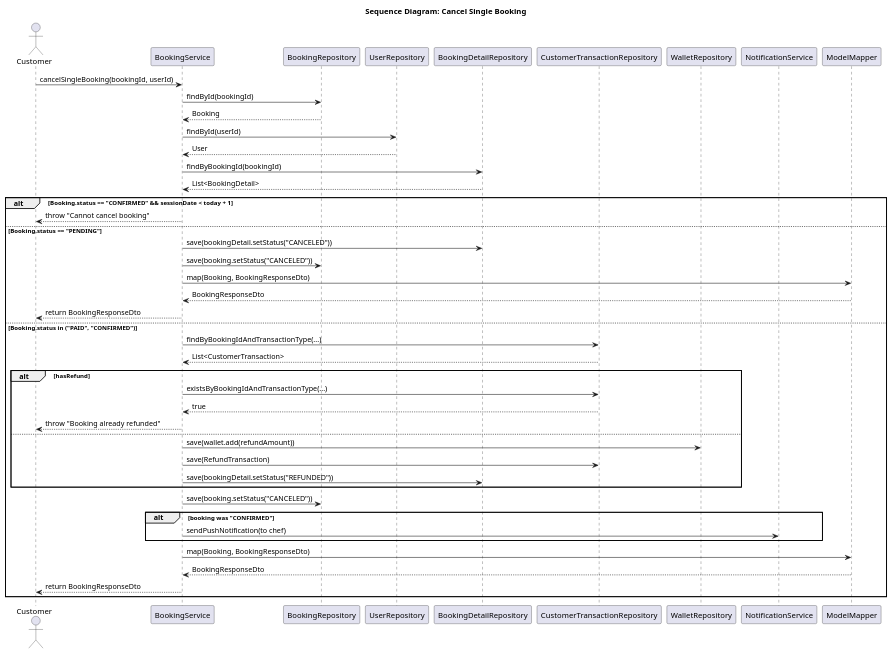
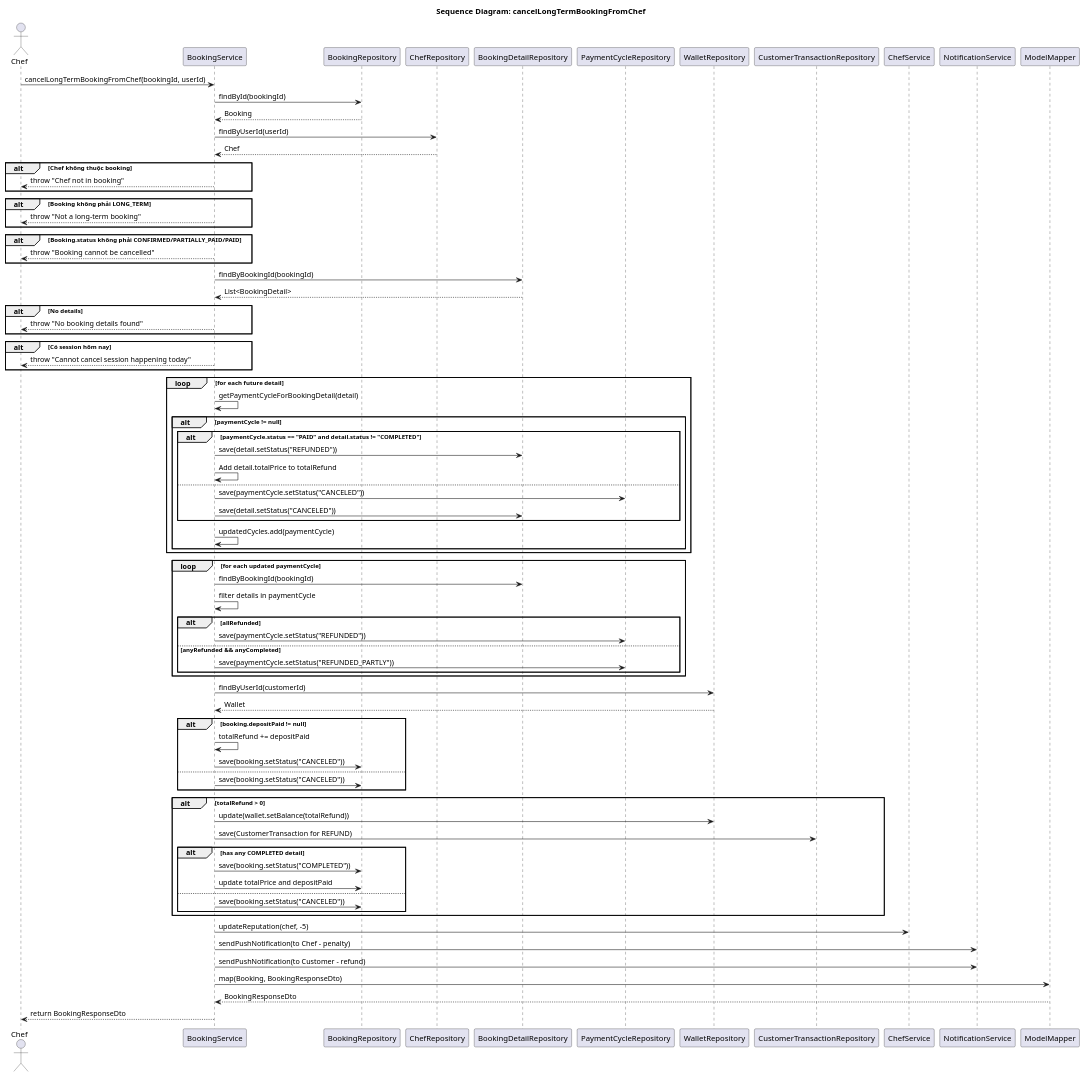
One commit to phongkhongxai/vietchef changed the diagram in diagram.puml. Above: the diagram before and after it, drawn with PlantUML. The commit also changed 1 other file, not shown here.

Commit message:
fix cancel longterm

```diff
--- a/diagram.puml
+++ b/diagram.puml
@@ -1,57 +1,104 @@
 @startuml
-title Sequence Diagram: Cancel Single Booking
+title Sequence Diagram: cancelLongTermBookingFromChef
 
-actor Customer
+actor Chef
 participant "BookingService" as Service
 participant "BookingRepository" as BookingRepo
-participant "UserRepository" as UserRepo
+participant "ChefRepository" as ChefRepo
 participant "BookingDetailRepository" as DetailRepo
+participant "PaymentCycleRepository" as PaymentRepo
+participant "WalletRepository" as WalletRepo
 participant "CustomerTransactionRepository" as TransactionRepo
-participant "WalletRepository" as WalletRepo
+participant "ChefService" as ChefService
 participant "NotificationService" as Notification
 participant "ModelMapper" as Mapper
 
-Customer -> Service : cancelSingleBooking(bookingId, userId)
+Chef -> Service : cancelLongTermBookingFromChef(bookingId, userId)
+
 Service -> BookingRepo : findById(bookingId)
 BookingRepo --> Service : Booking
 
-Service -> UserRepo : findById(userId)
-UserRepo --> Service : User
+Service -> ChefRepo : findByUserId(userId)
+ChefRepo --> Service : Chef
+
+alt Chef không thuộc booking
+    Service --> Chef : throw "Chef not in booking"
+end
+
+alt Booking không phải LONG_TERM
+    Service --> Chef : throw "Not a long-term booking"
+end
+
+alt Booking.status không phải CONFIRMED/PARTIALLY_PAID/PAID
+    Service --> Chef : throw "Booking cannot be cancelled"
+end
 
 Service -> DetailRepo : findByBookingId(bookingId)
 DetailRepo --> Service : List<BookingDetail>
 
-alt Booking.status == "CONFIRMED" && sessionDate < today + 1
-    Service --> Customer : throw "Cannot cancel booking"
-else Booking.status == "PENDING"
-    Service -> DetailRepo : save(bookingDetail.setStatus("CANCELED"))
-    Service -> BookingRepo : save(booking.setStatus("CANCELED"))
-    Service -> Mapper : map(Booking, BookingResponseDto)
-    Mapper --> Service : BookingResponseDto
-    Service --> Customer : return BookingResponseDto
-else Booking.status in ("PAID", "CONFIRMED")
-    Service -> TransactionRepo : findByBookingIdAndTransactionType(...)
-    TransactionRepo --> Service : List<CustomerTransaction>
-
-    alt hasRefund
-        Service -> TransactionRepo : existsByBookingIdAndTransactionType(...)
-        TransactionRepo --> Service : true
-        Service --> Customer : throw "Booking already refunded"
-    else
-        Service -> WalletRepo : save(wallet.add(refundAmount))
-        Service -> TransactionRepo : save(RefundTransaction)
-        Service -> DetailRepo : save(bookingDetail.setStatus("REFUNDED"))
-    end
-
-    Service -> BookingRepo : save(booking.setStatus("CANCELED"))
-
-    alt booking was "CONFIRMED"
-        Service -> Notification : sendPushNotification(to chef)
-    end
-
-    Service -> Mapper : map(Booking, BookingResponseDto)
-    Mapper --> Service : BookingResponseDto
-    Service --> Customer : return BookingResponseDto
+alt No details
+    Service --> Chef : throw "No booking details found"
 end
 
+alt Có session hôm nay
+    Service --> Chef : throw "Cannot cancel session happening today"
+end
+
+loop for each future detail
+    Service -> Service : getPaymentCycleForBookingDetail(detail)
+
+    alt paymentCycle != null
+        alt paymentCycle.status == "PAID" and detail.status != "COMPLETED"
+            Service -> DetailRepo : save(detail.setStatus("REFUNDED"))
+            Service -> Service : Add detail.totalPrice to totalRefund
+        else
+            Service -> PaymentRepo : save(paymentCycle.setStatus("CANCELED"))
+            Service -> DetailRepo : save(detail.setStatus("CANCELED"))
+        end
+        Service -> Service : updatedCycles.add(paymentCycle)
+    end
+end
+
+loop for each updated paymentCycle
+    Service -> DetailRepo : findByBookingId(bookingId)
+    Service -> Service : filter details in paymentCycle
+
+    alt allRefunded
+        Service -> PaymentRepo : save(paymentCycle.setStatus("REFUNDED"))
+    else anyRefunded && anyCompleted
+        Service -> PaymentRepo : save(paymentCycle.setStatus("REFUNDED_PARTLY"))
+    end
+end
+
+Service -> WalletRepo : findByUserId(customerId)
+WalletRepo --> Service : Wallet
+
+alt booking.depositPaid != null
+    Service -> Service : totalRefund += depositPaid
+    Service -> BookingRepo : save(booking.setStatus("CANCELED"))
+else
+    Service -> BookingRepo : save(booking.setStatus("CANCELED"))
+end
+
+alt totalRefund > 0
+    Service -> WalletRepo : update(wallet.setBalance(totalRefund))
+    Service -> TransactionRepo : save(CustomerTransaction for REFUND)
+
+    alt has any COMPLETED detail
+        Service -> BookingRepo : save(booking.setStatus("COMPLETED"))
+        Service -> BookingRepo : update totalPrice and depositPaid
+    else
+        Service -> BookingRepo : save(booking.setStatus("CANCELED"))
+    end
+end
+
+Service -> ChefService : updateReputation(chef, -5)
+
+Service -> Notification : sendPushNotification(to Chef - penalty)
+Service -> Notification : sendPushNotification(to Customer - refund)
+
+Service -> Mapper : map(Booking, BookingResponseDto)
+Mapper --> Service : BookingResponseDto
+Service --> Chef : return BookingResponseDto
+
 @enduml
```
